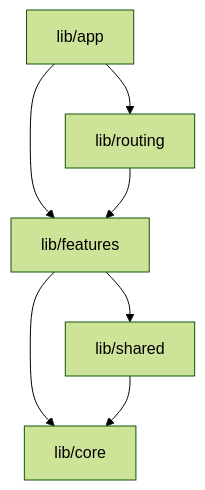
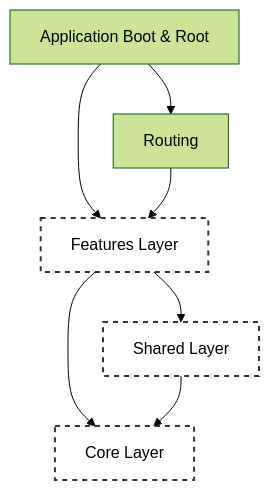
One commit to Juanes3333/forkumentos changed the first of 3 diagrams in docs/ARCHITECTURE.md. Above: the diagram before and after it, drawn with Mermaid (forest theme). The commit also changed other lines of this file, not shown here.

Commit message:
docs: complete architecture specification

````diff
--- a/docs/ARCHITECTURE.md
+++ b/docs/ARCHITECTURE.md
@@ -16,9 +11,12 @@
 ```mermaid
 graph TD
-    App[lib/app] --> Routing[lib/routing]
-    App --> Features[lib/features]
-    Routing --> Features
-    Features --> Shared[lib/shared]
-    Features --> Core[lib/core]
+    App[Application Boot & Root] --> Router[Routing]
+    App --> Features[Features Layer]
+    Router --> Features
+    Features --> Shared[Shared Layer]
+    Features --> Core[Core Layer]
     Shared --> Core
+    
+    classDef boundary fill:transparent,stroke:#333,stroke-width:2px,stroke-dasharray: 5 5;
+    class Features,Shared,Core boundary;
 ```
````
